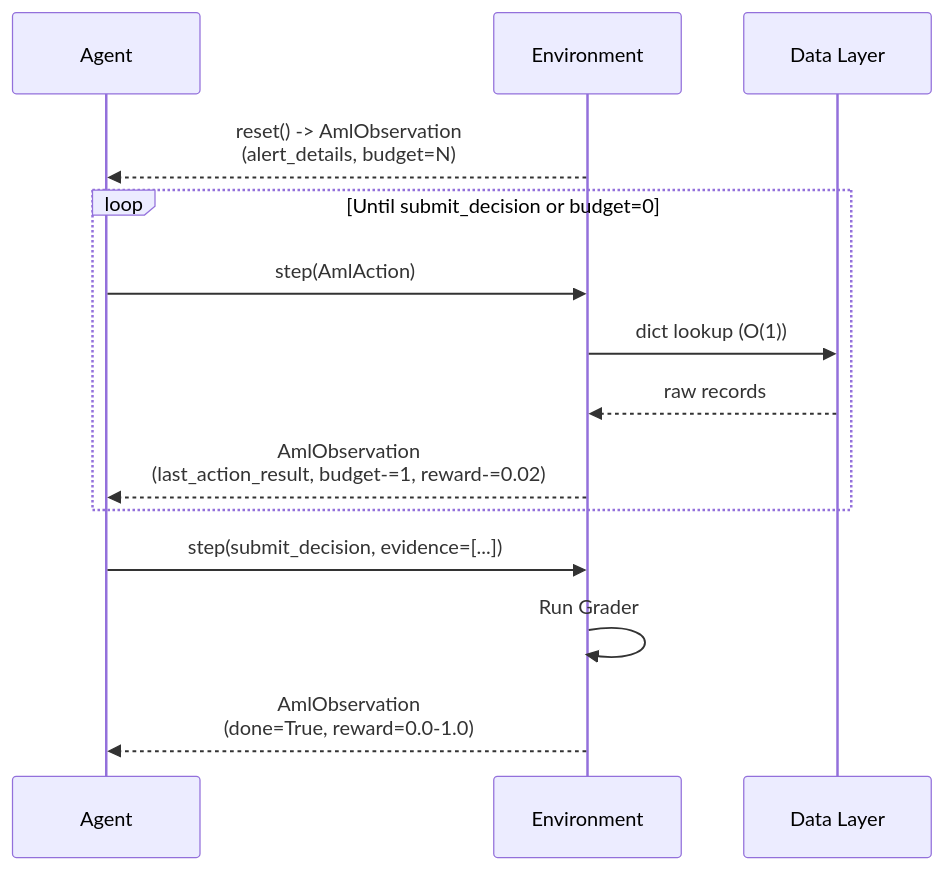
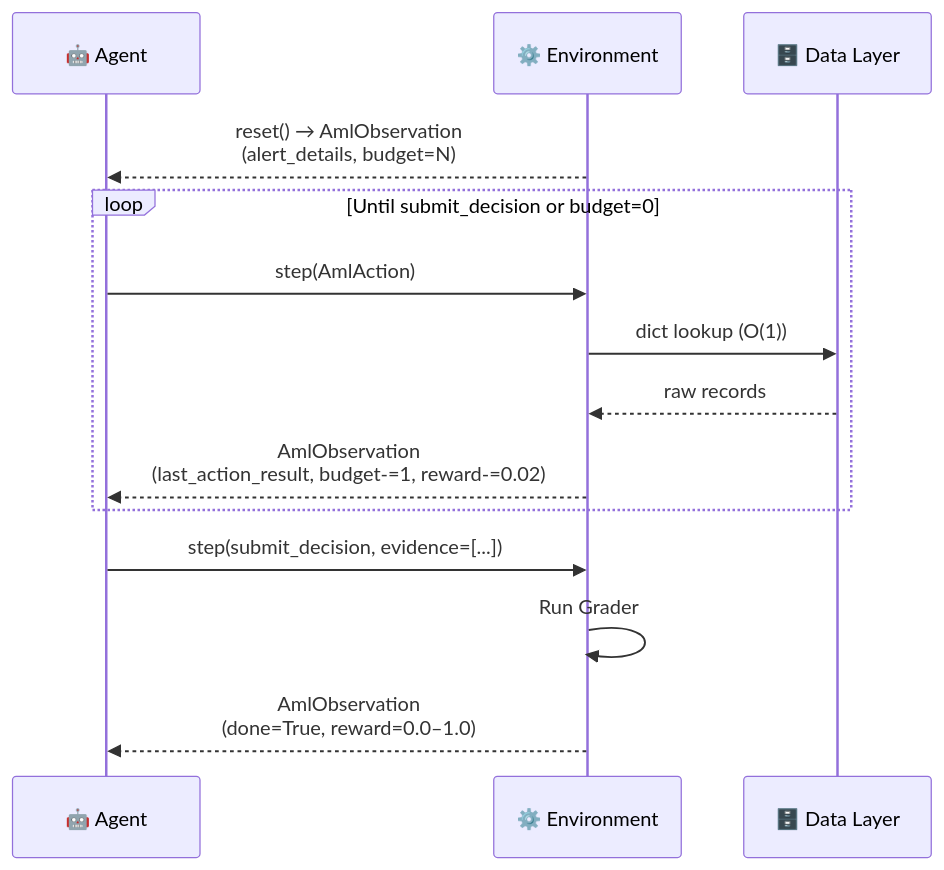
One commit to DataBoySu/AML-RL_Env changed the second of 6 diagrams in README.md. Above: the diagram before and after it, drawn with Mermaid. The commit also changed other lines of this file and 1 other file, not shown here.

````diff
--- a/README.md
+++ b/README.md
@@ -82,19 +82,19 @@
 ```mermaid
 sequenceDiagram
-    participant A as Agent
-    participant E as Environment
-    participant D as Data Layer
+    participant A as 🤖 Agent
+    participant E as ⚙️ Environment
+    participant D as 🗄️ Data Layer
 
-    E-->>A: reset() -> AmlObservation<br/>(alert_details, budget=N)
+    E-->>A: reset() → AmlObservation<br/>(alert_details, budget=N)
 
     loop Until submit_decision or budget=0
         A->>E: step(AmlAction)
         E->>D: dict lookup (O(1))
         D-->>E: raw records
         E-->>A: AmlObservation<br/>(last_action_result, budget-=1, reward-=0.02)
     end
 
     A->>E: step(submit_decision, evidence=[...])
     E->>E: Run Grader
-    E-->>A: AmlObservation<br/>(done=True, reward=0.0-1.0)
+    E-->>A: AmlObservation<br/>(done=True, reward=0.0–1.0)
 ```
````
